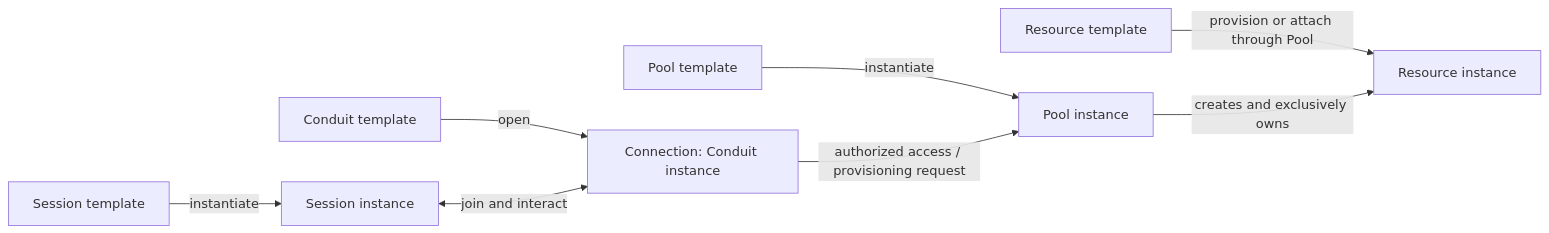
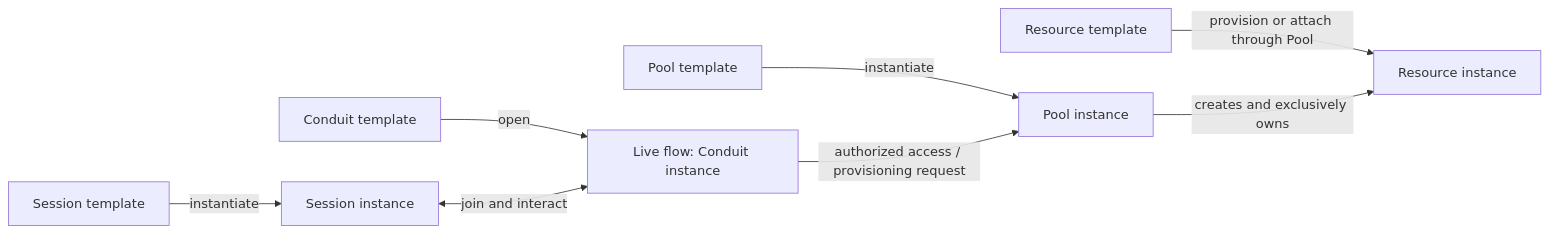
Before and after one commit to shrav-k/conduit: the diagram in SPEC.md, drawn with Mermaid. The commit also changed other lines of this file and 5 other files, not shown here.

Commit message:
Tie Conduit flows to logical consumer attachments

````diff
--- a/SPEC.md
+++ b/SPEC.md
@@ -36,10 +36,10 @@
 ```mermaid
 flowchart LR
     ST[Session template] -->|instantiate| S[Session instance]
     PT[Pool template] -->|instantiate| P[Pool instance]
     RT[Resource template] -->|provision or attach through Pool| R[Resource instance]
     P -->|creates and exclusively owns| R
-    CT[Conduit template] -->|open| C[Connection: Conduit instance]
+    CT[Conduit template] -->|open| C[Live flow: Conduit instance]
     S <-->|join and interact| C
     C -->|authorized access / provisioning request| P
 ```
````
